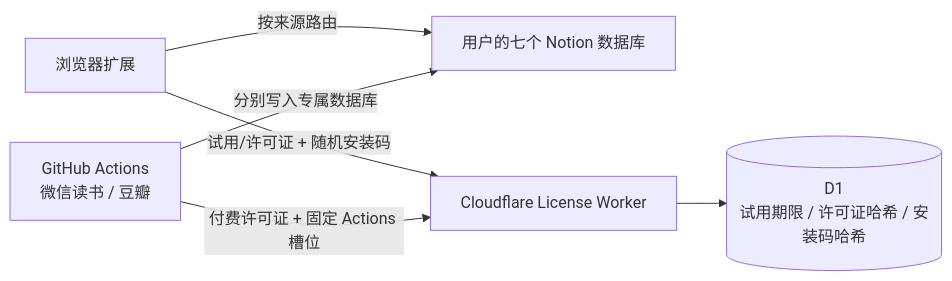
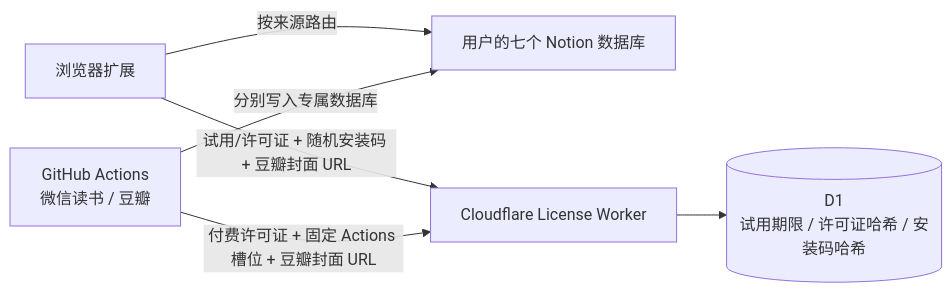
The diagram in docs/architecture.md (zengyincen/TunNest), drawn with Mermaid before and after one commit. The commit also changed other lines of this file and 21 other files, not shown here.

````diff
--- a/docs/architecture.md
+++ b/docs/architecture.md
@@ -3,8 +3,8 @@
 ```mermaid
 flowchart LR
   B["浏览器扩展"] -->|"按来源路由"| N["用户的七个 Notion 数据库"]
   G["GitHub Actions\n微信读书 / 豆瓣"] -->|"分别写入专属数据库"| N
-  B -->|"试用/许可证 + 随机安装码"| L["Cloudflare License Worker"]
-  G -->|"付费许可证 + 固定 Actions 槽位"| L
+  B -->|"试用/许可证 + 随机安装码 + 豆瓣封面 URL"| L["Cloudflare License Worker"]
+  G -->|"付费许可证 + 固定 Actions 槽位 + 豆瓣封面 URL"| L
   L --> D[("D1\n试用期限 / 许可证哈希 / 安装码哈希")]
 ```
````
